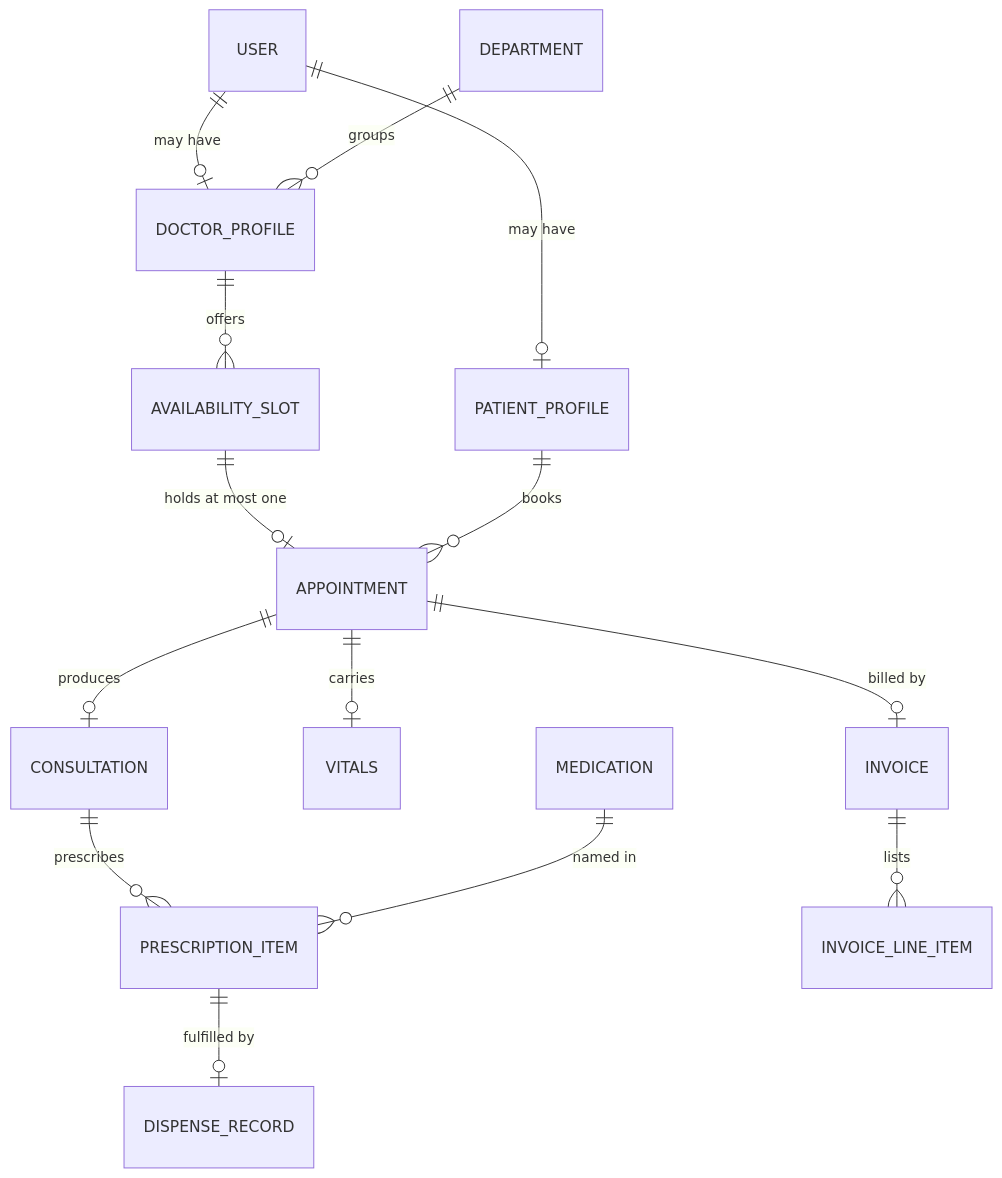
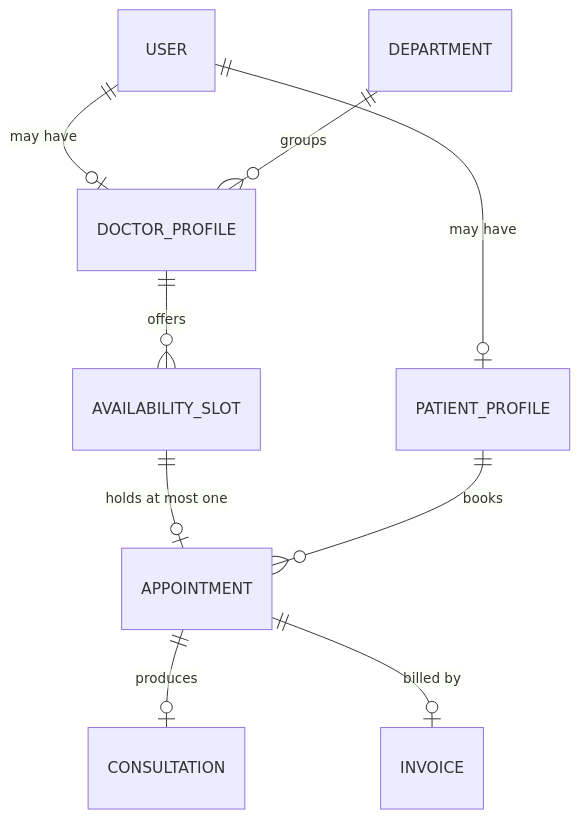
The first of 2 diagrams in docs/domain-model.md (Gaston202/NetworksProject), drawn with Mermaid before and after one commit. The commit also changed other lines of this file and 9 other files, not shown here.

````diff
--- a/docs/domain-model.md
+++ b/docs/domain-model.md
@@ -8,16 +8,11 @@
 ```mermaid
 erDiagram
     USER ||--o| DOCTOR_PROFILE : "may have"
     USER ||--o| PATIENT_PROFILE : "may have"
     DEPARTMENT ||--o{ DOCTOR_PROFILE : "groups"
     DOCTOR_PROFILE ||--o{ AVAILABILITY_SLOT : "offers"
     AVAILABILITY_SLOT ||--o| APPOINTMENT : "holds at most one"
     PATIENT_PROFILE ||--o{ APPOINTMENT : "books"
     APPOINTMENT ||--o| CONSULTATION : "produces"
-    APPOINTMENT ||--o| VITALS : "carries"
-    CONSULTATION ||--o{ PRESCRIPTION_ITEM : "prescribes"
-    MEDICATION ||--o{ PRESCRIPTION_ITEM : "named in"
-    PRESCRIPTION_ITEM ||--o| DISPENSE_RECORD : "fulfilled by"
     APPOINTMENT ||--o| INVOICE : "billed by"
-    INVOICE ||--o{ INVOICE_LINE_ITEM : "lists"
 ```
````
